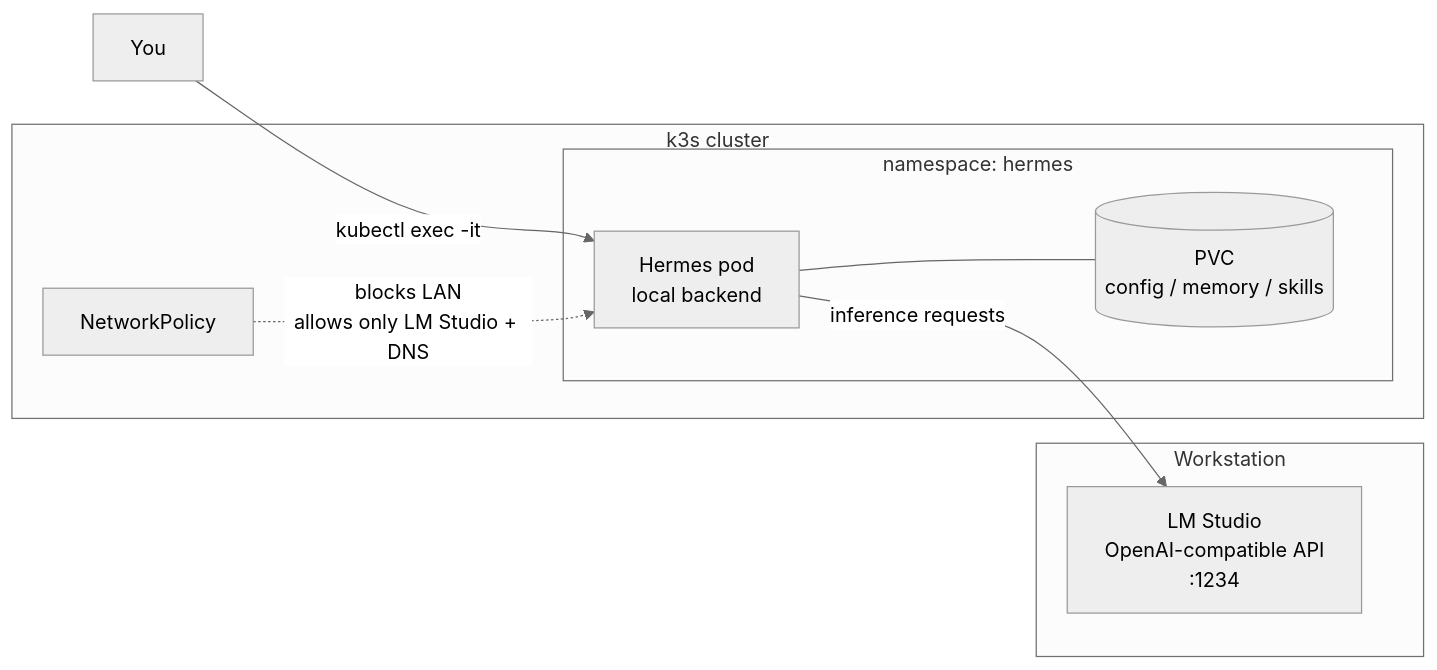
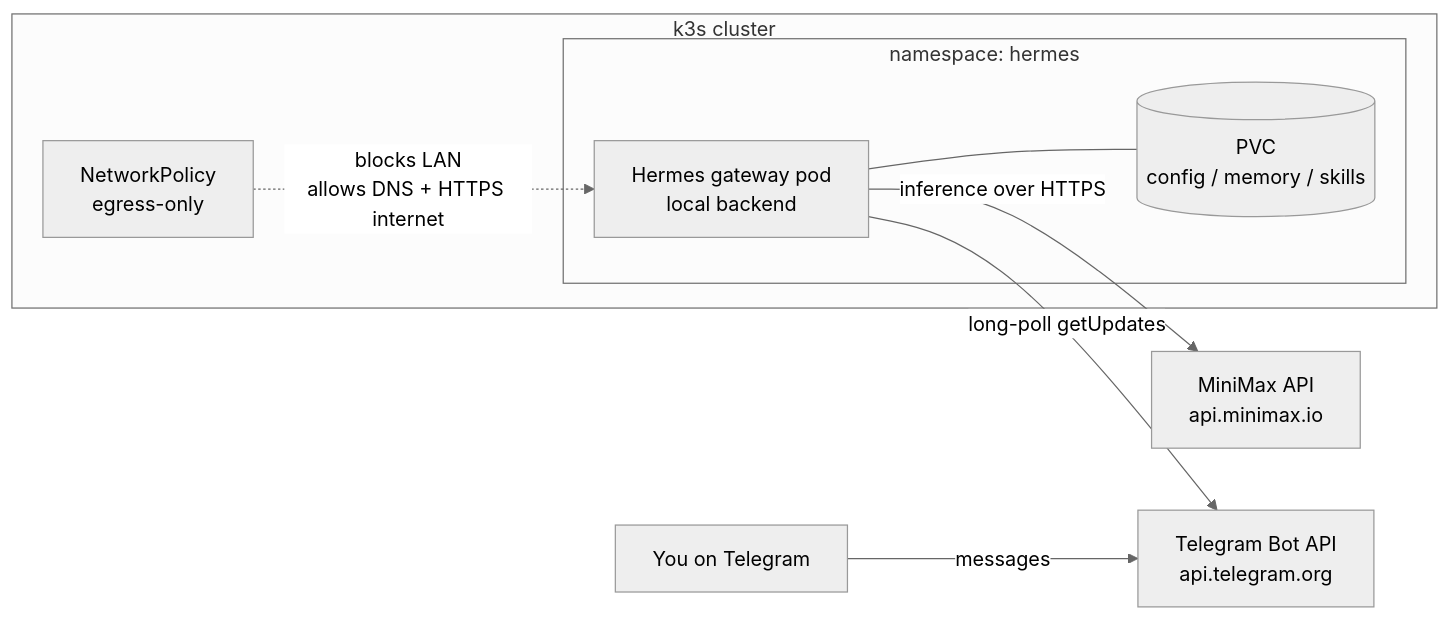
The diagram in docs/guides/hermes-k8s-deployment.md (jcarranz97/homelab), drawn with Mermaid (neutral theme) before and after one commit. The commit also changed other lines of this file and 2 other files, not shown here.

First line of the commit message:
Rework Hermes guide for Telegram + MiniMax deployment (#15)

````diff
--- a/docs/guides/hermes-k8s-deployment.md
+++ b/docs/guides/hermes-k8s-deployment.md
@@ -35,17 +40,15 @@
 ```mermaid
 flowchart LR
-    subgraph WS[Workstation]
-        LMS[LM Studio<br/>OpenAI-compatible API<br/>:1234]
-    end
+    You[You on Telegram] -->|messages| TG[Telegram Bot API<br/>api.telegram.org]
     subgraph K3S[k3s cluster]
         subgraph NS[namespace: hermes]
-            POD[Hermes pod<br/>local backend]
+            POD[Hermes gateway pod<br/>local backend]
             PVC[(PVC<br/>config / memory / skills)]
         end
-        NP[NetworkPolicy]
+        NP[NetworkPolicy<br/>egress-only]
     end
-    Admin[You] -->|kubectl exec -it| POD
+    POD -->|long-poll getUpdates| TG
+    POD -->|inference over HTTPS| MM[MiniMax API<br/>api.minimax.io]
     POD --- PVC
-    POD -->|inference requests| LMS
-    NP -.->|blocks LAN<br/>allows only LM Studio + DNS| POD
+    NP -.->|blocks LAN<br/>allows DNS + HTTPS internet| POD
 ```
````
